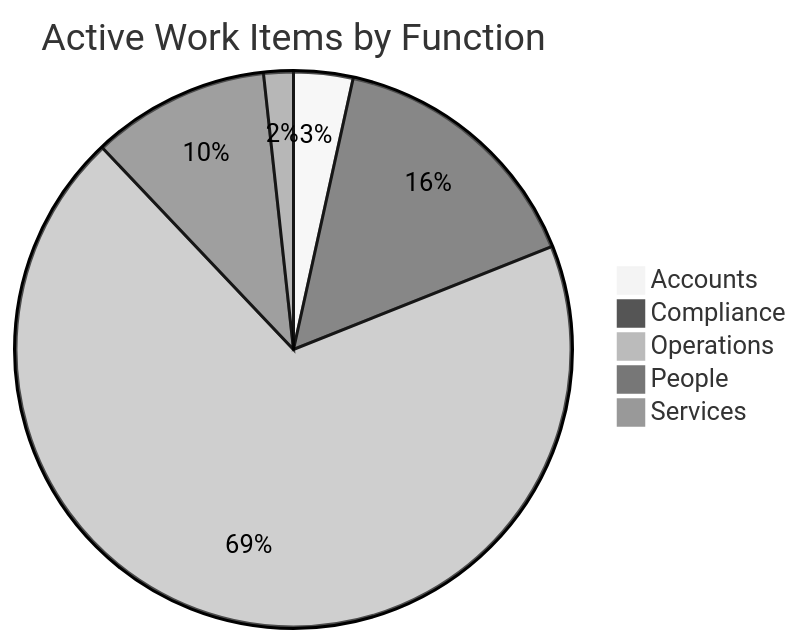
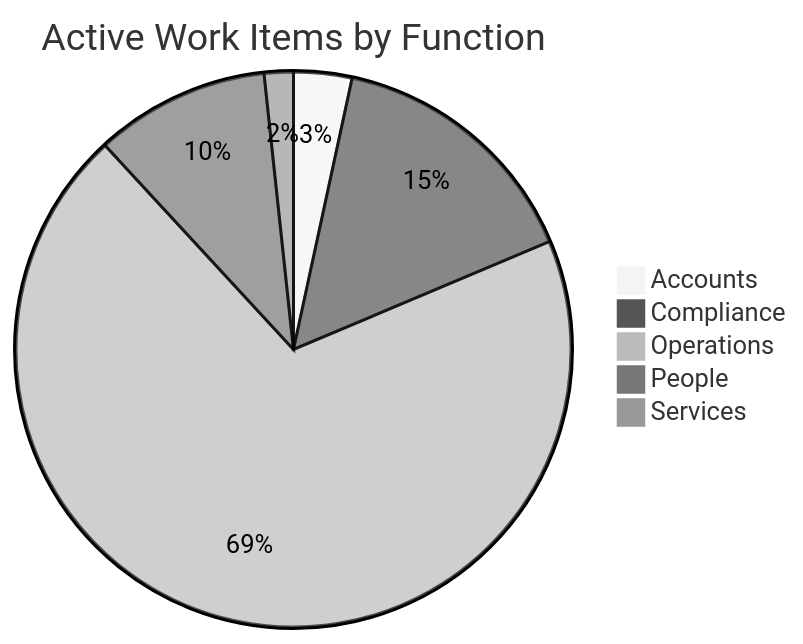
Before and after one commit to mgosal/5et.uk: the first of 3 diagrams in dashboard.md, drawn with Mermaid (neutral theme). The commit also changed other lines of this file and 3 other files, not shown here.

````diff
--- a/dashboard.md
+++ b/dashboard.md
@@ -172,8 +196,8 @@
 ```mermaid
 pie title Active Work Items by Function
     "Accounts" : 2
     "Compliance" : 9
-    "Operations" : 40
+    "Operations" : 41
     "People" : 6
     "Services" : 1
 ```
````
